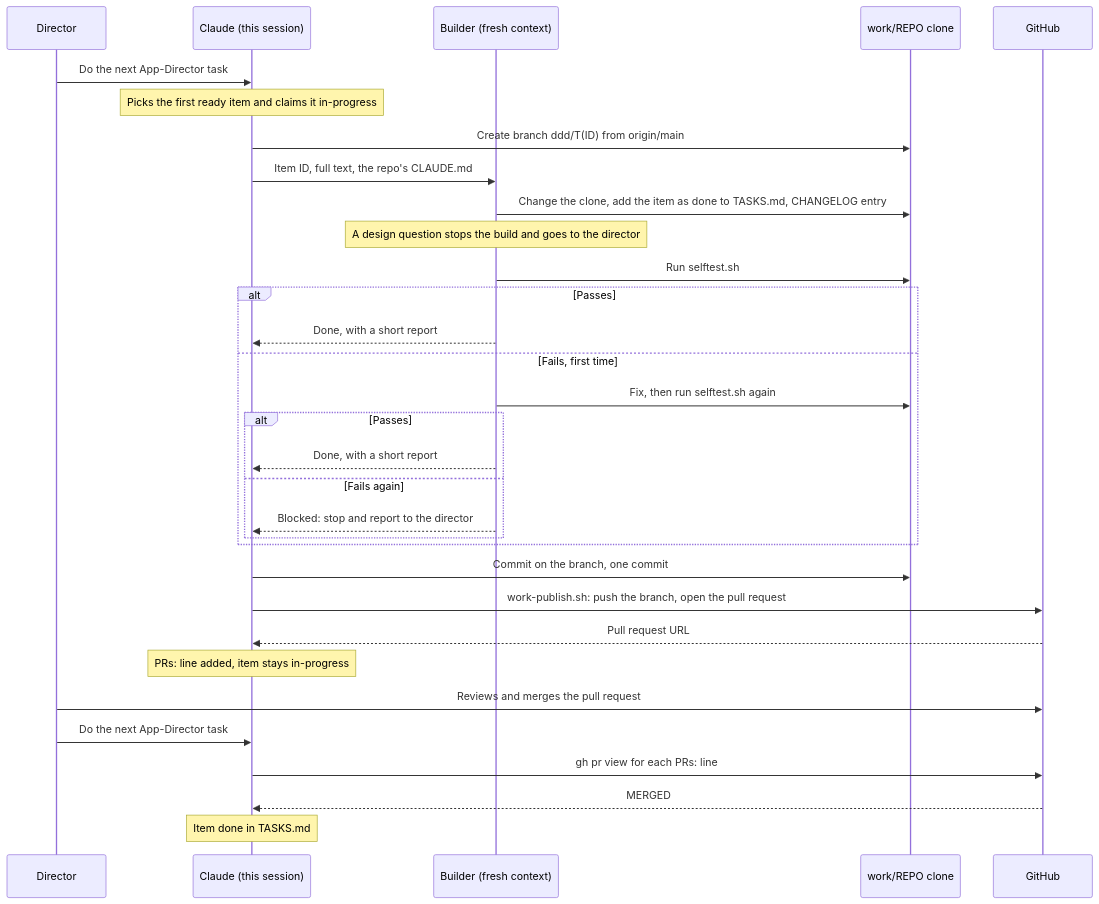
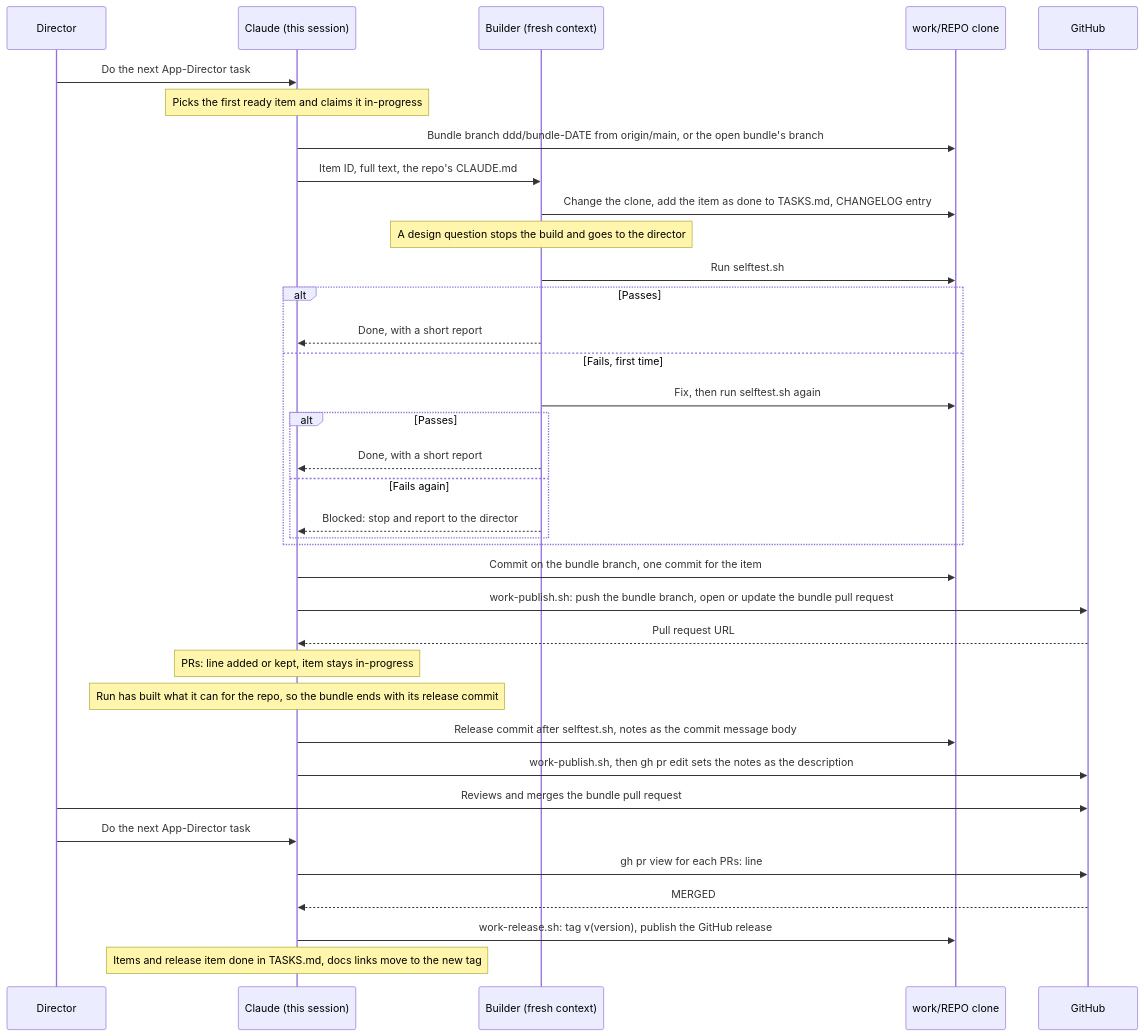
The second of 2 diagrams in product/framework-workflow.md (Freakling/Director-Driven-Development), drawn with Mermaid before and after one commit. The commit also changed other lines of this file and 1 other file, not shown here.

First line of the commit message:
docs: the framework workflow page describes one bundle per repo (T212)

````diff
--- a/product/framework-workflow.md
+++ b/product/framework-workflow.md
@@ -93,35 +82,39 @@
 ```mermaid
 sequenceDiagram
   participant D as Director
   participant C as Claude (this session)
   participant B as Builder (fresh context)
   participant W as work/REPO clone
   participant G as GitHub
 
   D->>C: Do the next App-Director task
   Note over C: Picks the first ready item and claims it in-progress
-  C->>W: Create branch ddd/T(ID) from origin/main
+  C->>W: Bundle branch ddd/bundle-DATE from origin/main, or the open bundle's branch
   C->>B: Item ID, full text, the repo's CLAUDE.md
   B->>W: Change the clone, add the item as done to TASKS.md, CHANGELOG entry
   Note over B: A design question stops the build and goes to the director
   B->>W: Run selftest.sh
   alt Passes
     B-->>C: Done, with a short report
   else Fails, first time
     B->>W: Fix, then run selftest.sh again
     alt Passes
       B-->>C: Done, with a short report
     else Fails again
       B-->>C: Blocked: stop and report to the director
     end
   end
-  C->>W: Commit on the branch, one commit
-  C->>G: work-publish.sh: push the branch, open the pull request
+  C->>W: Commit on the bundle branch, one commit for the item
+  C->>G: work-publish.sh: push the bundle branch, open or update the bundle pull request
   G-->>C: Pull request URL
-  Note over C: PRs: line added, item stays in-progress
-  D->>G: Reviews and merges the pull request
+  Note over C: PRs: line added or kept, item stays in-progress
+  Note over C: Run has built what it can for the repo, so the bundle ends with its release commit
+  C->>W: Release commit after selftest.sh, notes as the commit message body
+  C->>G: work-publish.sh, then gh pr edit sets the notes as the description
+  D->>G: Reviews and merges the bundle pull request
   D->>C: Do the next App-Director task
   C->>G: gh pr view for each PRs: line
   G-->>C: MERGED
-  Note over C: Item done in TASKS.md
+  C->>W: work-release.sh: tag v(version), publish the GitHub release
+  Note over C: Items and release item done in TASKS.md, docs links move to the new tag
 ```
````
